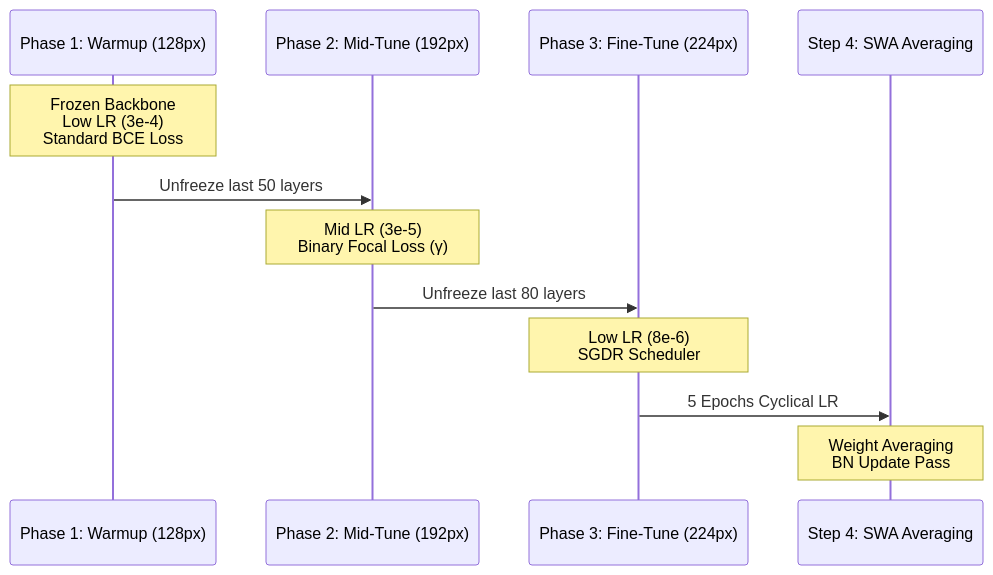
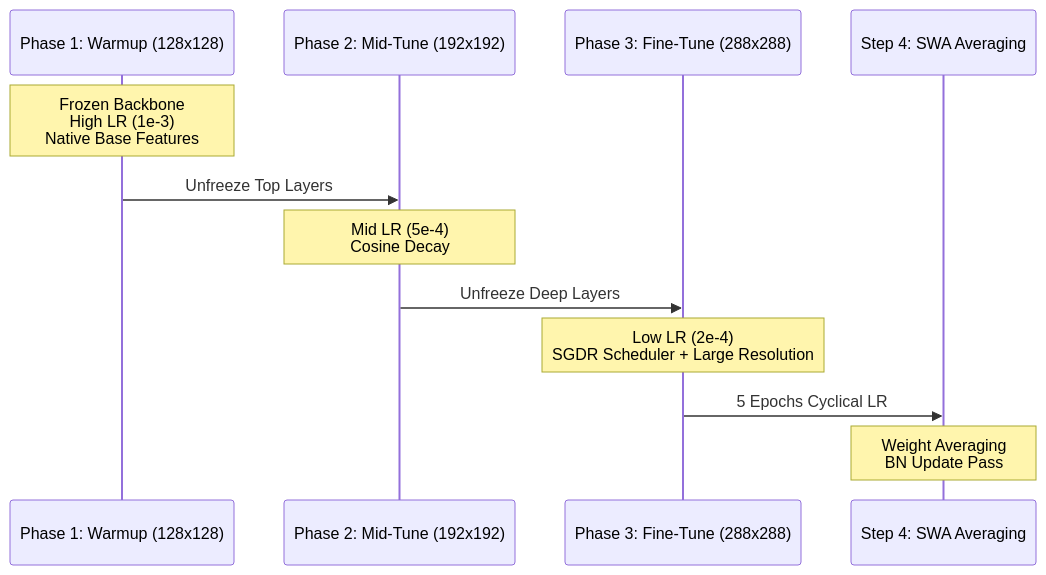
The second of 2 diagrams in TECHNICAL_GUIDE.md (SanskarSontakke/GalaxyNet-CPU), drawn with Mermaid before and after one commit. The commit also changed other lines of this file and 4 other files, not shown here.

Commit message:
refactor: replace cascade classification architecture with a 37-node unified regression model for fractional consensus prediction

````diff
--- a/TECHNICAL_GUIDE.md
+++ b/TECHNICAL_GUIDE.md
@@ -38,15 +42,15 @@
 ```mermaid
 sequenceDiagram
-    participant P1 as Phase 1: Warmup (128px)
-    participant P2 as Phase 2: Mid-Tune (192px)
-    participant P3 as Phase 3: Fine-Tune (224px)
+    participant P1 as Phase 1: Warmup (128x128)
+    participant P2 as Phase 2: Mid-Tune (192x192)
+    participant P3 as Phase 3: Fine-Tune (288x288)
     participant SWA as Step 4: SWA Averaging
 
-    Note over P1: Frozen Backbone<br/>Low LR (3e-4)<br/>Standard BCE Loss
-    P1->>P2: Unfreeze last 50 layers
-    Note over P2: Mid LR (3e-5)<br/>Binary Focal Loss (γ)
-    P2->>P3: Unfreeze last 80 layers
-    Note over P3: Low LR (8e-6)<br/>SGDR Scheduler
+    Note over P1: Frozen Backbone<br/>High LR (1e-3)<br/>Native Base Features
+    P1->>P2: Unfreeze Top Layers
+    Note over P2: Mid LR (5e-4)<br/>Cosine Decay
+    P2->>P3: Unfreeze Deep Layers
+    Note over P3: Low LR (2e-4)<br/>SGDR Scheduler + Large Resolution
     P3->>SWA: 5 Epochs Cyclical LR
     Note over SWA: Weight Averaging<br/>BN Update Pass
 ```
````
